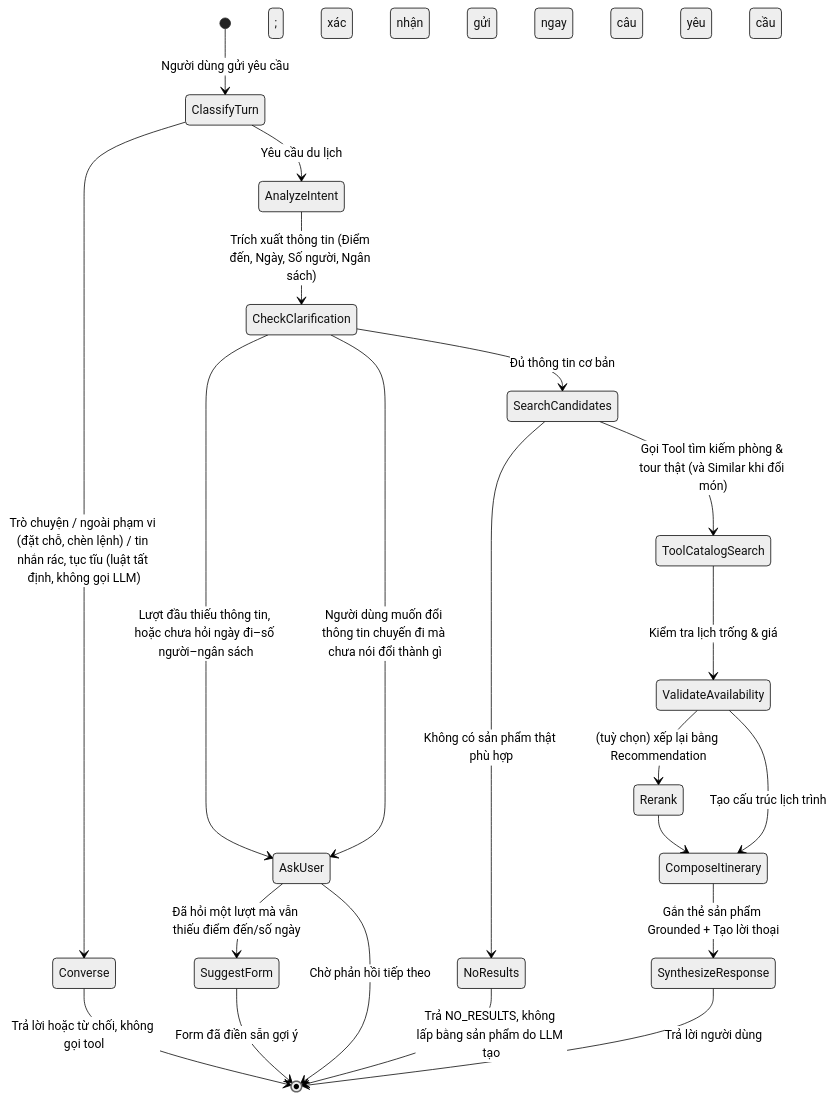
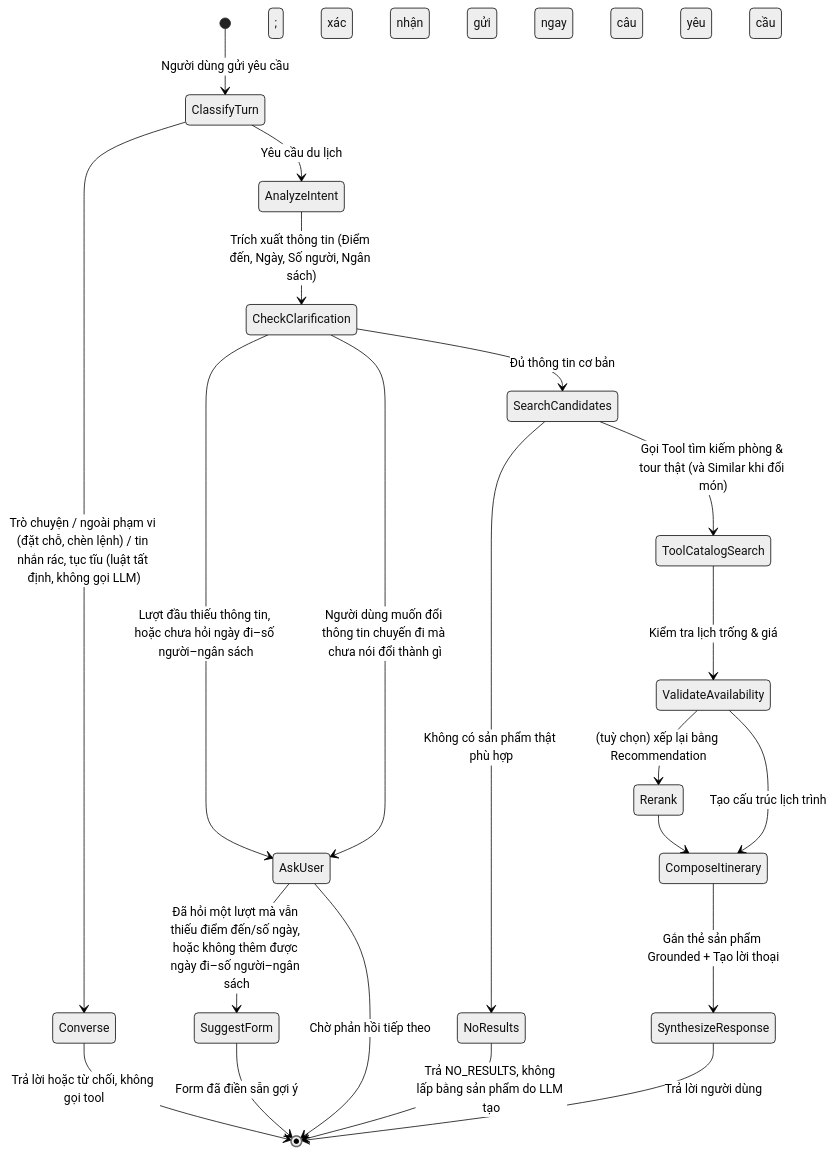
One commit to NguyenNhat4/Travel-Recommend-System changed the second of 2 diagrams in docs/prd/architecture.md. Above: the diagram before and after it, drawn with Mermaid (neutral theme). The commit also changed 10 other files, not shown here.

````diff
--- a/docs/prd/architecture.md
+++ b/docs/prd/architecture.md
@@ -172,26 +172,26 @@
 ```mermaid
 stateDiagram-v2
     [*] --> ClassifyTurn: Người dùng gửi yêu cầu
     ClassifyTurn --> Converse: Trò chuyện / ngoài phạm vi (đặt chỗ, chèn lệnh) / tin nhắn rác, tục tĩu (luật tất định, không gọi LLM)
     Converse --> [*]: Trả lời hoặc từ chối, không gọi tool
     ClassifyTurn --> AnalyzeIntent: Yêu cầu du lịch
     AnalyzeIntent --> CheckClarification: Trích xuất thông tin (Điểm đến, Ngày, Số người, Ngân sách)
     
     CheckClarification --> AskUser: Lượt đầu thiếu thông tin, hoặc chưa hỏi ngày đi–số người–ngân sách
     CheckClarification --> AskUser: Người dùng muốn đổi thông tin chuyến đi mà chưa nói đổi thành gì
-    AskUser --> SuggestForm: Đã hỏi một lượt mà vẫn thiếu điểm đến/số ngày
+    AskUser --> SuggestForm: Đã hỏi một lượt mà vẫn thiếu điểm đến/số ngày, hoặc không thêm được ngày đi–số người–ngân sách
     SuggestForm --> [*]: Form đã điền sẵn gợi ý; xác nhận gửi ngay câu yêu cầu
     AskUser --> [*]: Chờ phản hồi tiếp theo
     
     CheckClarification --> SearchCandidates: Đủ thông tin cơ bản
     SearchCandidates --> ToolCatalogSearch: Gọi Tool tìm kiếm phòng & tour thật (và Similar khi đổi món)
     ToolCatalogSearch --> ValidateAvailability: Kiểm tra lịch trống & giá
     
     SearchCandidates --> NoResults: Không có sản phẩm thật phù hợp
     NoResults --> [*]: Trả NO_RESULTS, không lấp bằng sản phẩm do LLM tạo
     ValidateAvailability --> Rerank: (tuỳ chọn) xếp lại bằng Recommendation
     Rerank --> ComposeItinerary
     ValidateAvailability --> ComposeItinerary: Tạo cấu trúc lịch trình
     ComposeItinerary --> SynthesizeResponse: Gắn thẻ sản phẩm Grounded + Tạo lời thoại
     SynthesizeResponse --> [*]: Trả lời người dùng
 ```
````
